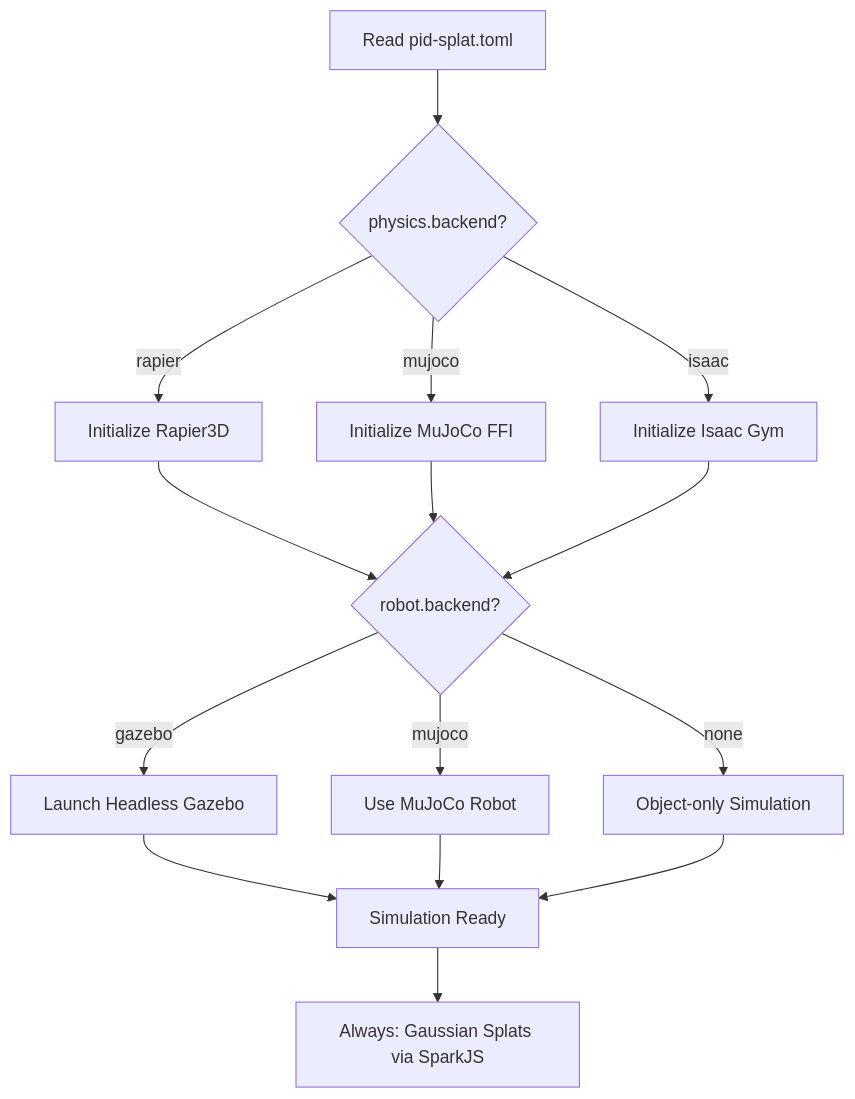
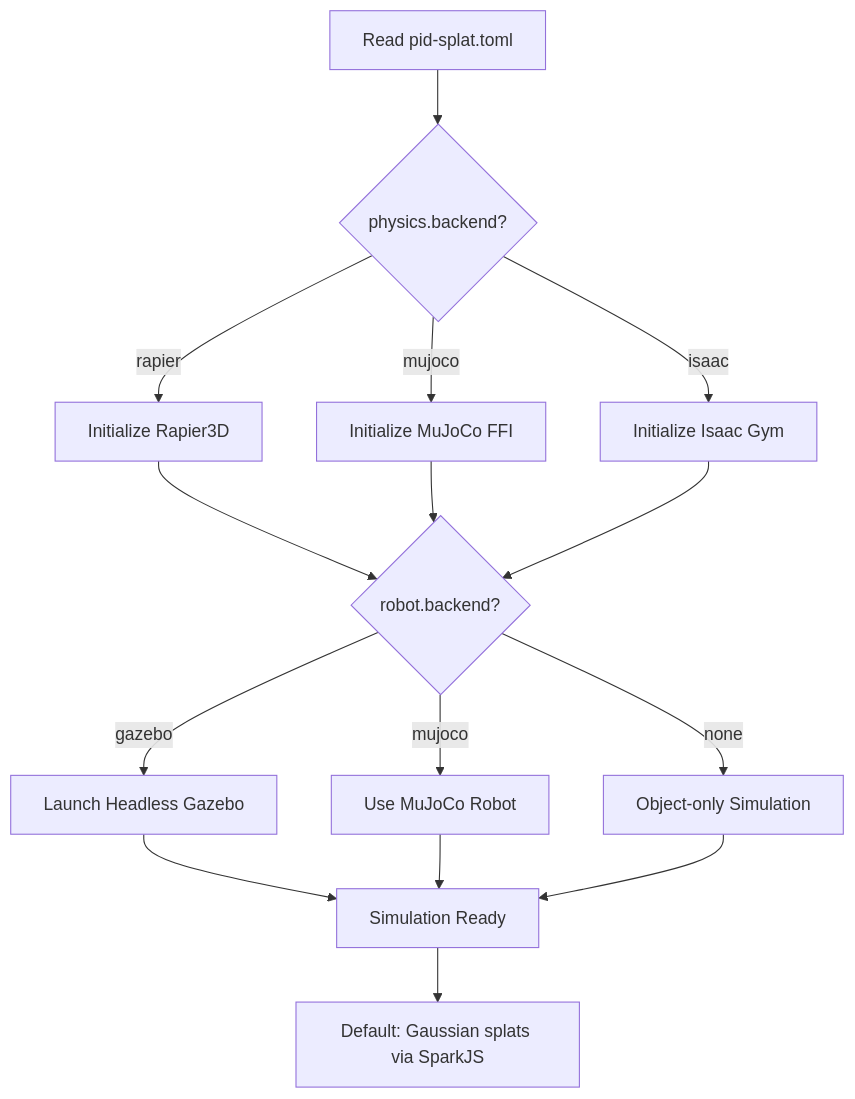
One commit to sepahead/prisoma changed the fifth of 10 diagrams in DIAGRAMS.md. Above: the diagram before and after it, drawn with Mermaid. The commit also changed other lines of this file and 8 other files, not shown here.

````diff
--- a/DIAGRAMS.md
+++ b/DIAGRAMS.md
@@ -209,22 +209,22 @@
 ```mermaid
 flowchart TD
     Start[Read pid-splat.toml] --> CheckPhys{physics.backend?}
     
     CheckPhys -->|rapier| Rapier[Initialize Rapier3D]
     CheckPhys -->|mujoco| MuJoCo[Initialize MuJoCo FFI]
     CheckPhys -->|isaac| Isaac[Initialize Isaac Gym]
     
     Rapier --> CheckRobot{robot.backend?}
     MuJoCo --> CheckRobot
     Isaac --> CheckRobot
     
     CheckRobot -->|gazebo| Gazebo[Launch Headless Gazebo]
     CheckRobot -->|mujoco| MuJoCoR[Use MuJoCo Robot]
     CheckRobot -->|none| NoRobot[Object-only Simulation]
     
     Gazebo --> Ready[Simulation Ready]
     MuJoCoR --> Ready
     NoRobot --> Ready
     
-    Ready --> Render[Always: Gaussian Splats via SparkJS]
+    Ready --> Render[Default: Gaussian splats via SparkJS]
 ```
````
